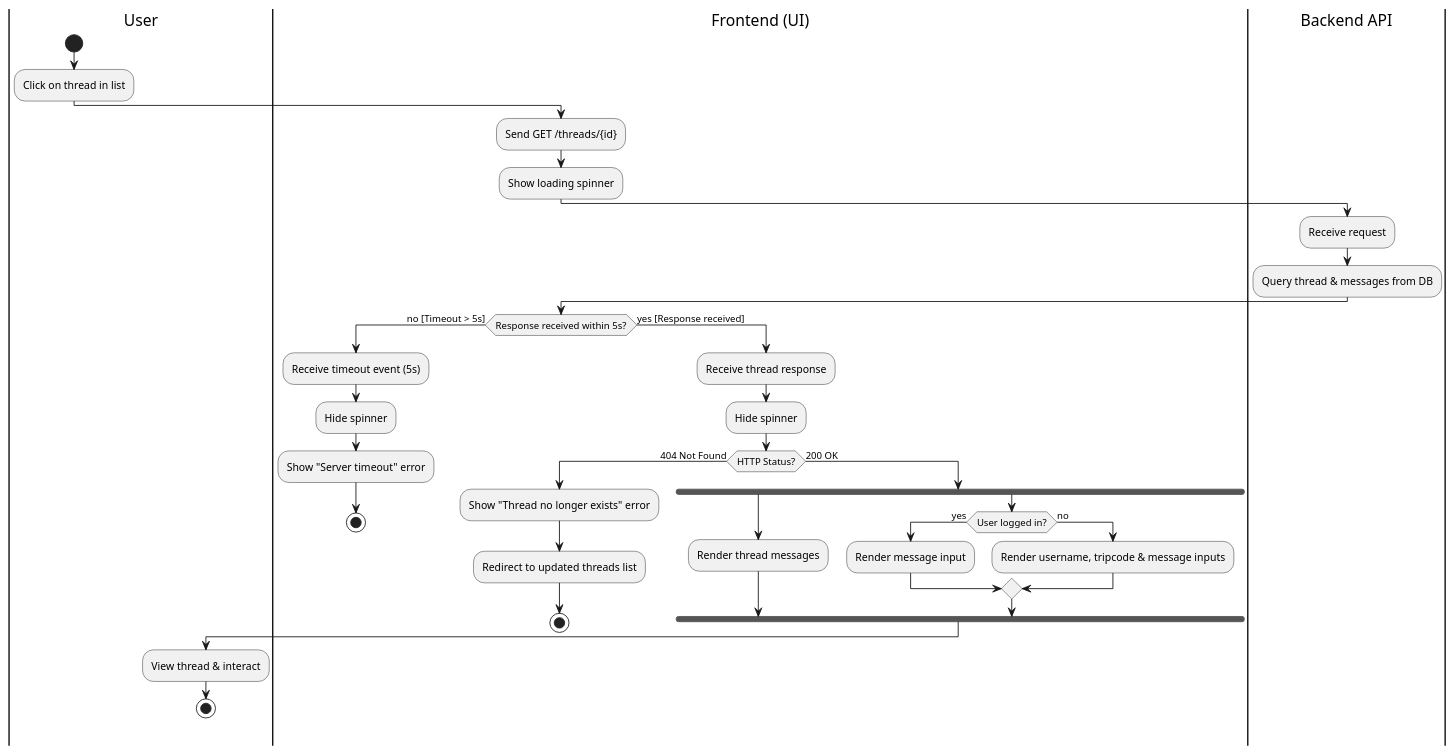
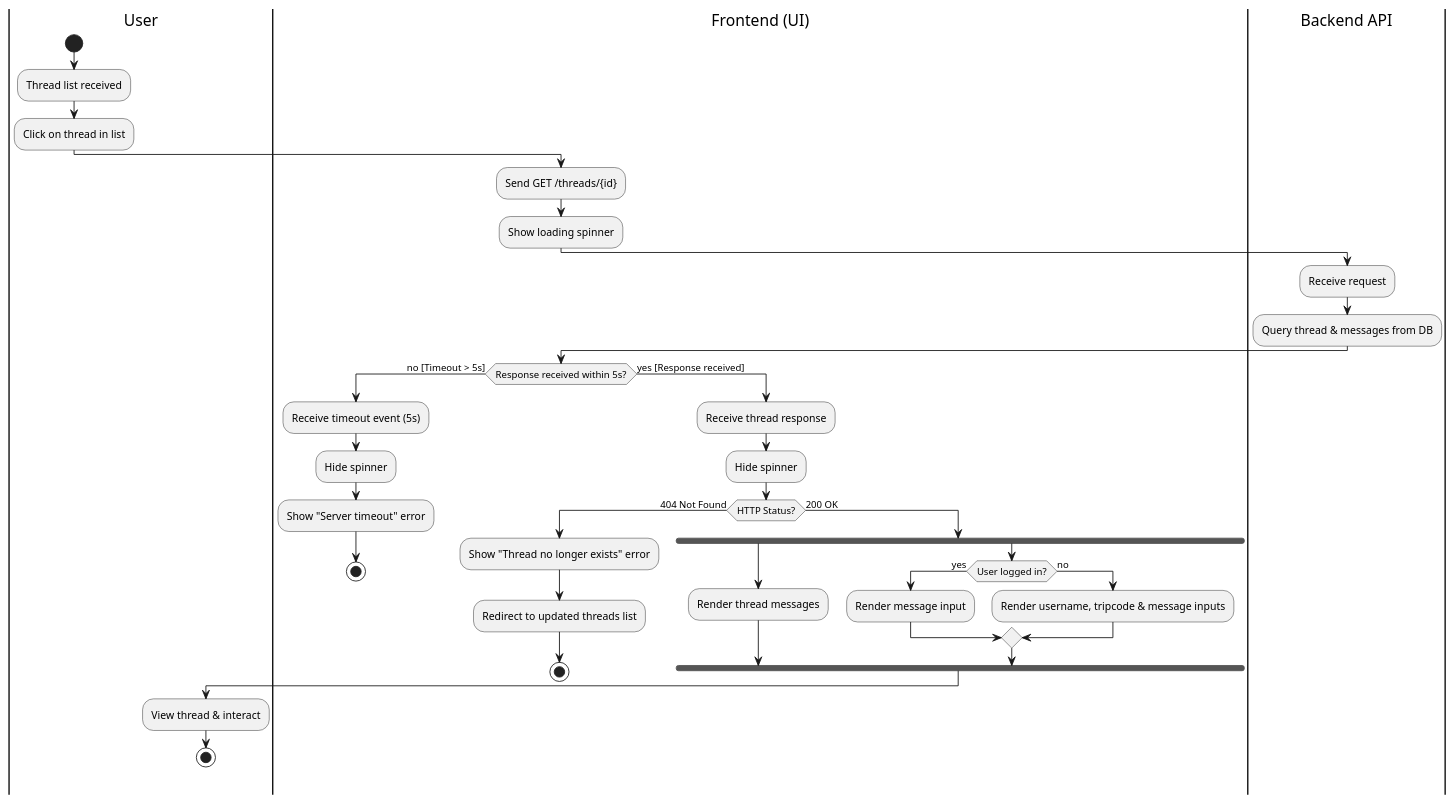
The diagram in lab4/activity.puml (GarniyHlopchik/KPI_MAVPA), drawn with PlantUML before and after one commit. The commit also changed 1 other file, not shown here.

```diff
--- a/lab4/activity.puml
+++ b/lab4/activity.puml
@@ -1,42 +1,43 @@
 @startuml
 |User|
 start
+:Thread list received; <<acceptEvent>>
 :Click on thread in list;
 
 |Frontend (UI)|
 :Send GET /threads/{id}; <<sendSignal>>
 :Show loading spinner;
 
 |Backend API|
 :Receive request; <<acceptEvent>>
 :Query thread & messages from DB;
 
 |Frontend (UI)|
 if (Response received within 5s?) then (no [Timeout > 5s])
   :Receive timeout event (5s); <<timeEvent>>
   :Hide spinner;
   :Show "Server timeout" error;
   stop
 else (yes [Response received])
   :Receive thread response; <<acceptEvent>>
   :Hide spinner;
   if (HTTP Status?) then (404 Not Found)
     :Show "Thread no longer exists" error;
     :Redirect to updated threads list;
     stop
   else (200 OK)
     fork
       :Render thread messages;
     fork again
       if (User logged in?) then (yes)
         :Render message input;
       else (no)
         :Render username, tripcode & message inputs;
       endif
     end fork
     |User|
     :View thread & interact;
     stop
   endif
 endif
 @enduml
```
